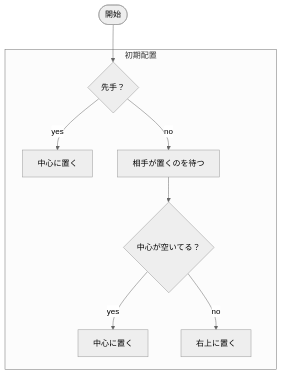
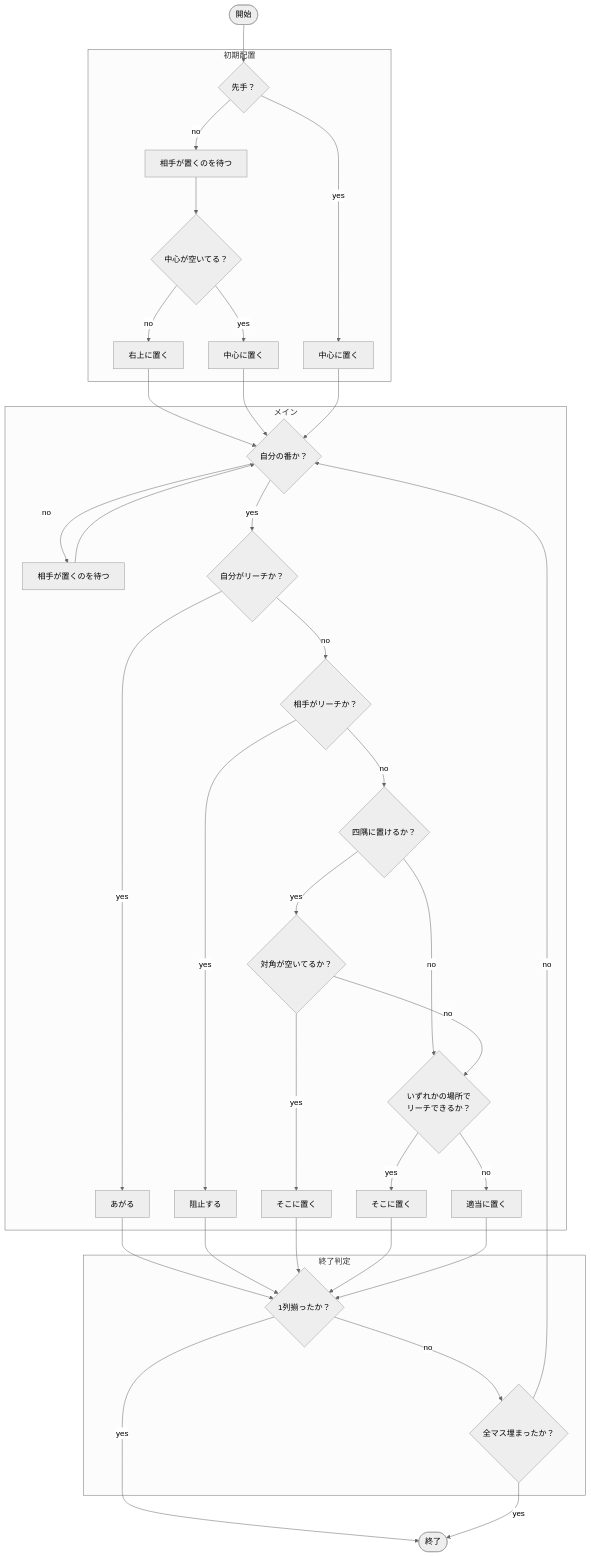
One commit to tpu-game-2023/mermaid_test changed the diagram in mermaid_test.md. Above: the diagram before and after it, drawn with Mermaid (neutral theme).

````diff
--- a/mermaid_test.md
+++ b/mermaid_test.md
@@ -6,14 +6,51 @@
 ```mermaid
 flowchart TD;
 start([開始]) --> Q1{"先手？"};
 
 subgraph "初期配置"
-Q1 -- yes --> C[中心に置く];
-Q1 -- no --> D[相手が置くのを待つ];
-D --> Q2{"中心が空いてる？"};
-Q2 -- yes --> F[中心に置く];
-Q2 -- no --> G[右上に置く];
+  Q1 -- yes --> f1[中心に置く];
+  Q1 -- no --> f2[相手が置くのを待つ];
+  f2 --> Q2{"中心が空いてる？"};
+  Q2 -- yes --> f3[中心に置く];
+  Q2 -- no --> f4[右上に置く];
 end
 
+f4 --> Q3{"自分の番か？"};
+f3 --> Q3;
+f1 --> Q3;
 
+subgraph "メイン"
+  Q3 -- no --> m1[相手が置くのを待つ];
+  m1 --> Q3;
+  
+  Q3 -- yes --> Q4{"自分がリーチか？"};
+  Q4 -- yes --> m2[あがる];
+  Q4 -- no --> Q5{"相手がリーチか？"};
+  Q5 -- yes --> m3[阻止する];
+  
+  Q5 -- no --> Q6{"四隅に置けるか？"};
+  Q6 -- yes --> Q7{"対角が空いてるか？"};
+  Q7 -- yes --> m4[そこに置く];
+  
+  Q6 -- no --> Q8{"いずれかの場所で
+                   リーチできるか？"};
+  Q7 -- no --> Q8;
+  
+  Q8 -- yes --> m5[そこに置く];
+  Q8 -- no --> m6[適当に置く];
+end
+
+m2 --> Q9;
+m3 --> Q9;
+m4 --> Q9;
+m5 --> Q9;
+m6 --> Q9;
+
+subgraph "終了判定"
+  Q9 -- no --> Q10{"全マス埋まったか？"};
+  Q10 -- no --> Q3;
+end
+
+Q9{"1列揃ったか？"} -- yes --> finish([終了])
+Q10 -- yes --> finish;
 ```
````
